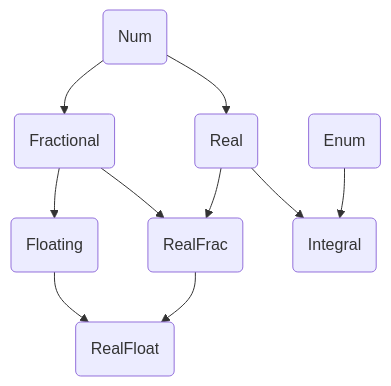
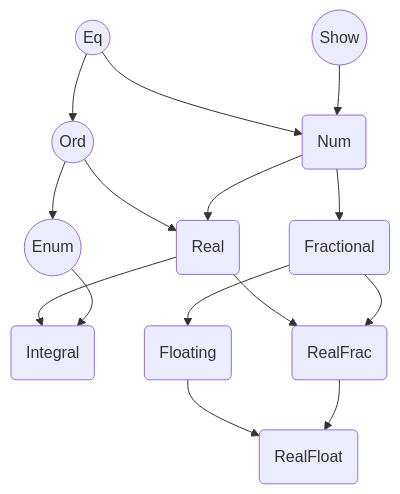
Before and after one commit to wolfangy/haskell: the diagram in haskell-in-depth/ch02/ch2.md, drawn with Mermaid.

````diff
--- a/haskell-in-depth/ch02/ch2.md
+++ b/haskell-in-depth/ch02/ch2.md
@@ -481,12 +481,17 @@
 ```mermaid
 graph TD;
-    N(Num) --> R(Real)
+    Eq((Eq)) --> N(Num)
+    S((Show)) --> N
+    Eq --> O((Ord))
+    O --> En((Enum))
+    O --> R(Real)
+    N --> R
     N --> F(Fractional)
     R --> I(Integral)
-    E(Enum) --> I
+    En --> I
     R --> RF(RealFrac)
     F --> RF
     F --> Fl(Floating)
     Fl --> RFl(RealFloat)
     RF --> RFl
 ```
````
